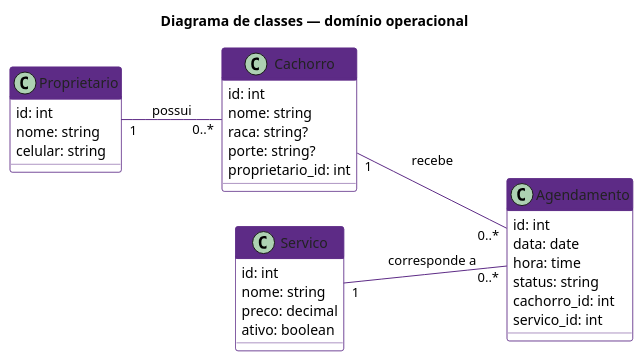
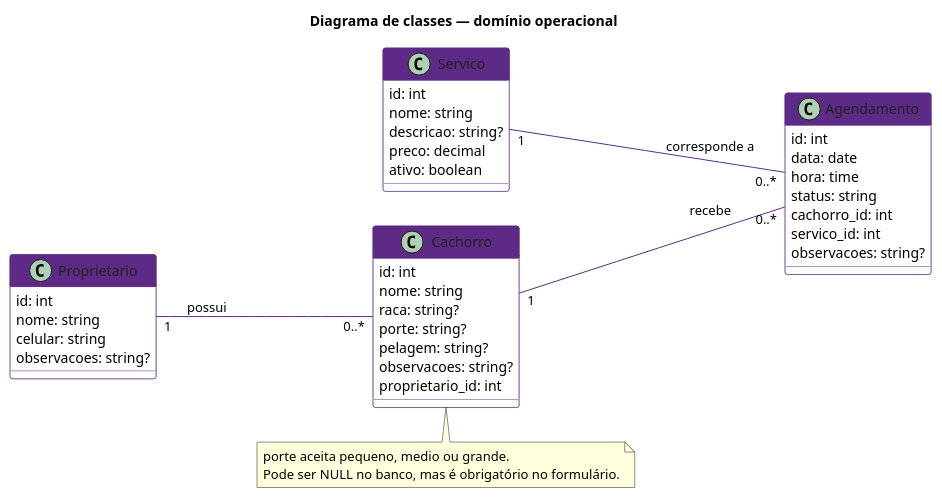
The diagram in docks/diagramas/classes.puml (7lipe7/PI_2_semestre), drawn with PlantUML before and after one commit. The commit also changed 5 other files, not shown here.

Commit message:
fix: corrigir nomes de constraints e mensagens de erro no controller de agendamento feat: atualizar diagrama de classes com novos atributos e notas feat: ajustar modelo lógico com enum para status e porte feat: refinar sequência de criação de agendamento com validações e tratamento de erros

```diff
--- a/docks/diagramas/classes.puml
+++ b/docks/diagramas/classes.puml
@@ -2,50 +2,60 @@
 @startuml
 title Diagrama de classes — domínio operacional
 
 left to right direction
 skinparam shadowing false
 skinparam classAttributeIconSize 0
 skinparam class {
   BackgroundColor white
   BorderColor #5D2B86
   HeaderBackgroundColor #5D2B86
   FontColor #222222
   HeaderFontColor white
 }
 skinparam ArrowColor #5D2B86
 
 class Proprietario {
   id: int
   nome: string
   celular: string
+  observacoes: string?
 }
 
 class Cachorro {
   id: int
   nome: string
   raca: string?
   porte: string?
+  pelagem: string?
+  observacoes: string?
   proprietario_id: int
 }
 
 class Servico {
   id: int
   nome: string
+  descricao: string?
   preco: decimal
   ativo: boolean
 }
 
 class Agendamento {
   id: int
   data: date
   hora: time
   status: string
   cachorro_id: int
   servico_id: int
+  observacoes: string?
 }
 
 Proprietario "1" -- "0..*" Cachorro : possui
 Cachorro "1" -- "0..*" Agendamento : recebe
 Servico "1" -- "0..*" Agendamento : corresponde a
 
+note bottom of Cachorro
+  porte aceita pequeno, medio ou grande.
+  Pode ser NULL no banco, mas é obrigatório no formulário.
+end note
+
 @enduml
```
